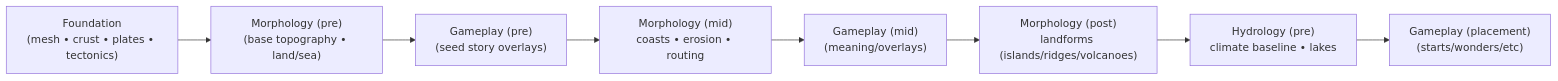
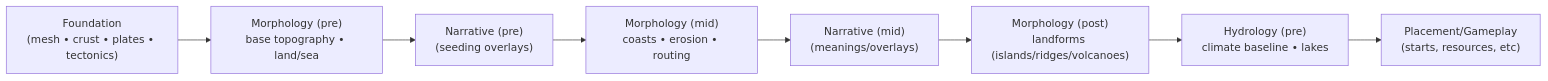
One commit to mateicanavra/civ7-modding-tools-fork changed the first of 3 diagrams in docs/projects/engine-refactor-v1/resources/workflow/domain-refactor/plans/morphology/spike-morphology-modeling-gpt.md. Above: the diagram before and after it, drawn with Mermaid. The commit also changed other lines of this file and 25 other files, not shown here.

````diff
--- a/docs/projects/engine-refactor-v1/resources/workflow/domain-refactor/plans/morphology/spike-morphology-modeling-gpt.md
+++ b/docs/projects/engine-refactor-v1/resources/workflow/domain-refactor/plans/morphology/spike-morphology-modeling-gpt.md
@@ -163,13 +268,13 @@
 ```mermaid
 flowchart LR
-  foundation["Foundation\n(mesh • crust • plates • tectonics)"]
-  morphPre["Morphology (pre)\n(base topography • land/sea)"]
-  gamePre["Gameplay (pre)\n(seed story overlays)"]
-  morphMid["Morphology (mid)\ncoasts • erosion • routing"]
-  gameMid["Gameplay (mid)\n(meaning/overlays)"]
-  morphPost["Morphology (post)\nlandforms (islands/ridges/volcanoes)"]
-  hydroPre["Hydrology (pre)\nclimate baseline • lakes"]
-  gameplayPlacement["Gameplay (placement)\n(starts/wonders/etc)"]
+foundation["Foundation<br/>(mesh • crust • plates • tectonics)"]
+morphPre["Morphology (pre)<br/>base topography • land/sea"]
+narrPre["Narrative (pre)<br/>(seeding overlays)"]
+morphMid["Morphology (mid)<br/>coasts • erosion • routing"]
+narrMid["Narrative (mid)<br/>(meanings/overlays)"]
+morphPost["Morphology (post)<br/>landforms (islands/ridges/volcanoes)"]
+hydroPre["Hydrology (pre)<br/>climate baseline • lakes"]
+placement["Placement/Gameplay<br/>(starts, resources, etc)"]
 
-  foundation --> morphPre --> gamePre --> morphMid --> gameMid --> morphPost --> hydroPre --> gameplayPlacement
+foundation --> morphPre --> narrPre --> morphMid --> narrMid --> morphPost --> hydroPre --> placement
 ```
````
